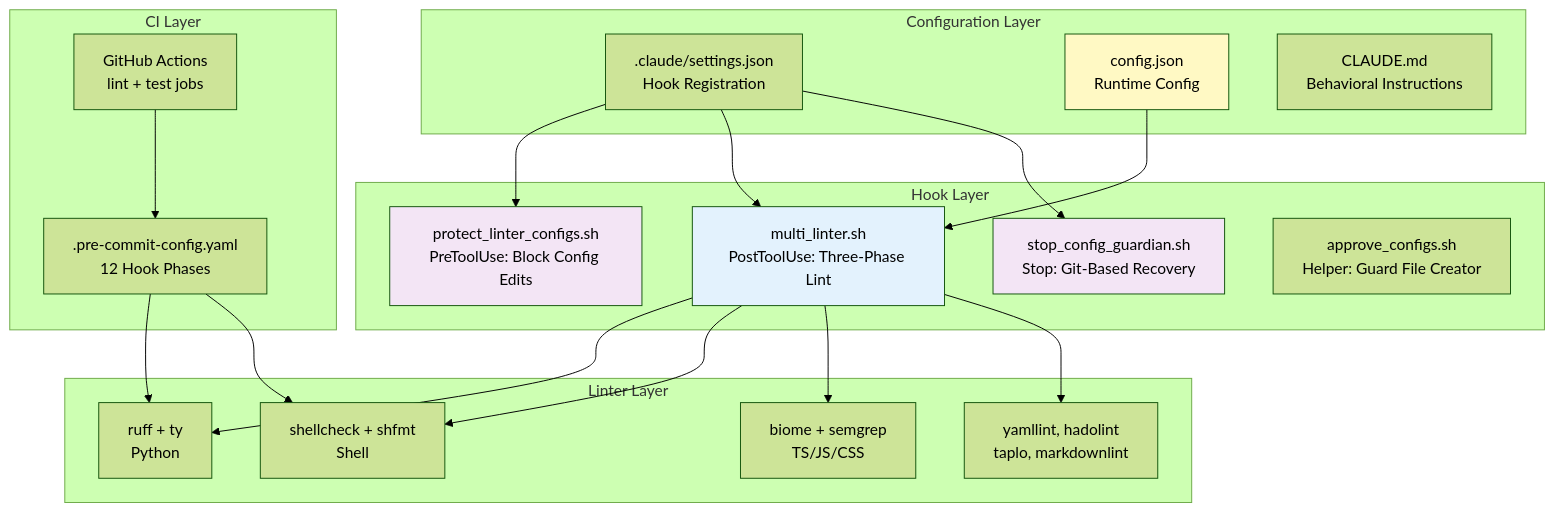
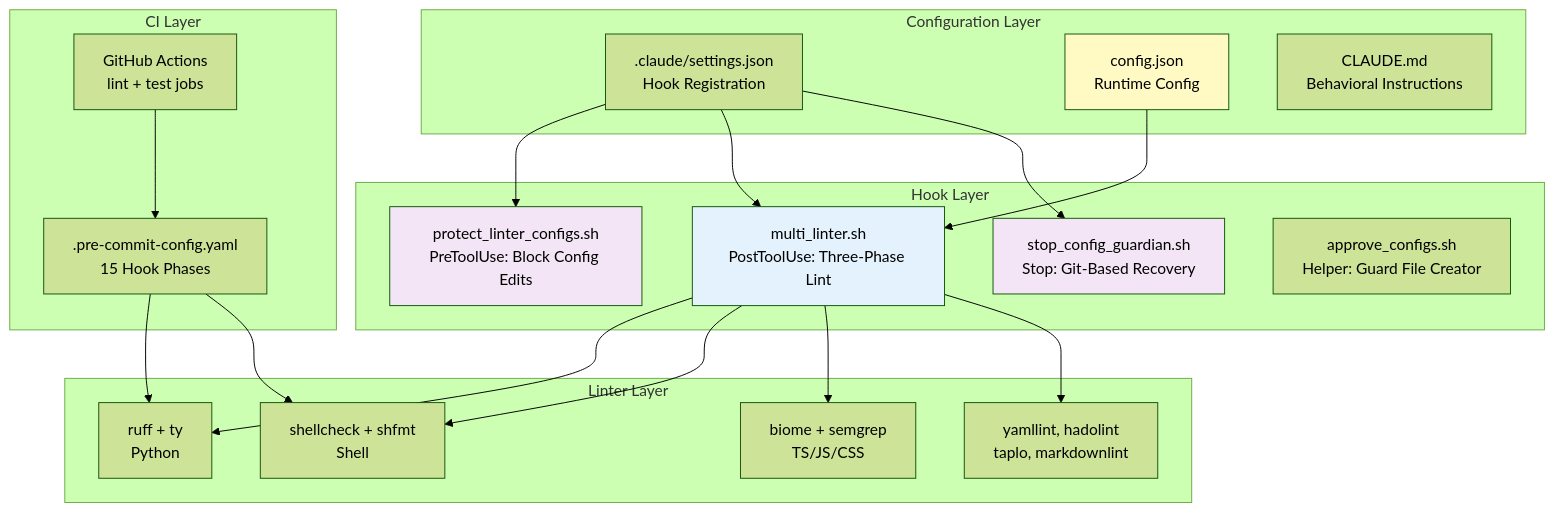
The third of 3 diagrams in docs/psf/00-cc-hooks-template-architecture-overview.md (bertclaws/plankton), drawn with Mermaid (forest theme) before and after one commit. The commit also changed other lines of this file and 14 other files, not shown here.

First line of the commit message:
Reorganize docs into specs/ subdirectory and update architecture overview

````diff
--- a/docs/psf/00-cc-hooks-template-architecture-overview.md
+++ b/docs/psf/00-cc-hooks-template-architecture-overview.md
@@ -108,44 +109,44 @@
 ```mermaid
 graph TB
     subgraph "Hook Layer"
         PRE[protect_linter_configs.sh<br/>PreToolUse: Block Config Edits]
         POST[multi_linter.sh<br/>PostToolUse: Three-Phase Lint]
         STOP[stop_config_guardian.sh<br/>Stop: Git-Based Recovery]
         APPROVE[approve_configs.sh<br/>Helper: Guard File Creator]
     end
 
     subgraph "Configuration Layer"
         SETTINGS[.claude/settings.json<br/>Hook Registration]
         CONFIG[config.json<br/>Runtime Config]
         CLAUDE_MD[CLAUDE.md<br/>Behavioral Instructions]
     end
 
     subgraph "Linter Layer"
         RUFF[ruff + ty<br/>Python]
         SC[shellcheck + shfmt<br/>Shell]
         BIOME[biome + semgrep<br/>TS/JS/CSS]
         OTHER[yamllint, hadolint<br/>taplo, markdownlint]
     end
 
     subgraph "CI Layer"
-        PRECOMMIT[.pre-commit-config.yaml<br/>12 Hook Phases]
+        PRECOMMIT[.pre-commit-config.yaml<br/>15 Hook Phases]
         GHA[GitHub Actions<br/>lint + test jobs]
     end
 
     SETTINGS --> PRE
     SETTINGS --> POST
     SETTINGS --> STOP
     CONFIG --> POST
     POST --> RUFF
     POST --> SC
     POST --> BIOME
     POST --> OTHER
     PRECOMMIT --> RUFF
     PRECOMMIT --> SC
     GHA --> PRECOMMIT
 
     style POST fill:#e3f2fd
     style PRE fill:#f3e5f5
     style STOP fill:#f3e5f5
     style CONFIG fill:#fff9c4
 ```
````
